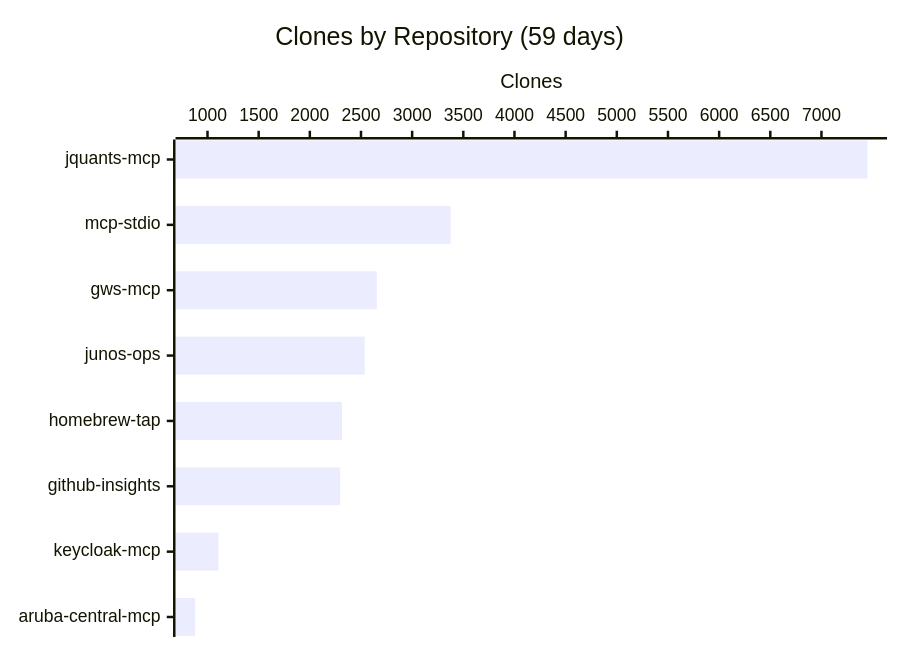
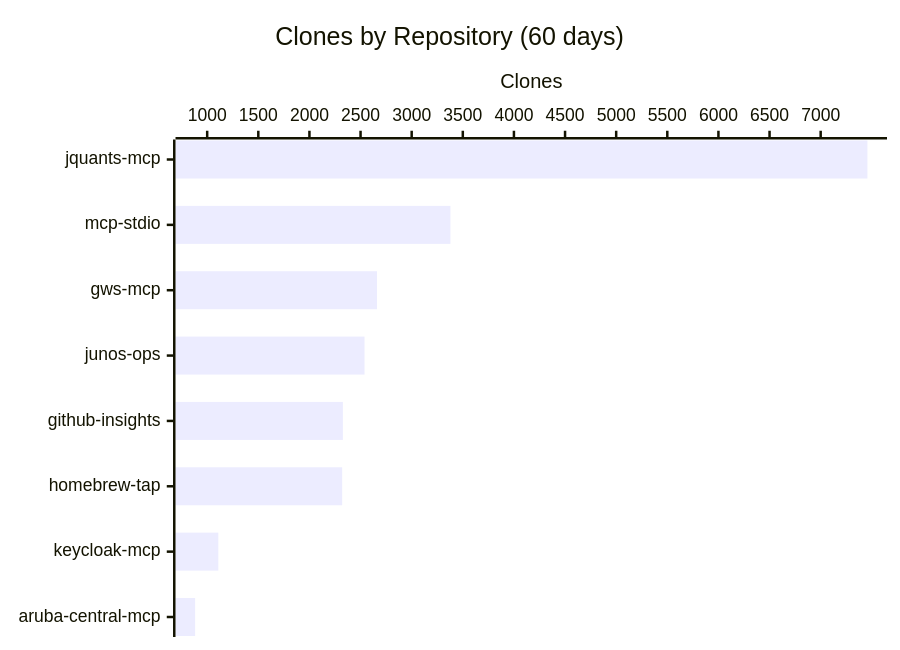
The third of 3 diagrams in README.md (shigechika/github-insights), drawn with Mermaid before and after one commit. The commit also changed other lines of this file and 2 other files, not shown here.

````diff
--- a/README.md
+++ b/README.md
@@ -38,7 +38,7 @@
 ```mermaid
 xychart-beta horizontal
-    title "Clones by Repository (59 days)"
-    x-axis ["jquants-mcp", "mcp-stdio", "gws-mcp", "junos-ops", "homebrew-tap", "github-insights", "keycloak-mcp", "aruba-central-mcp"]
+    title "Clones by Repository (60 days)"
+    x-axis ["jquants-mcp", "mcp-stdio", "gws-mcp", "junos-ops", "github-insights", "homebrew-tap", "keycloak-mcp", "aruba-central-mcp"]
     y-axis "Clones"
-    bar [7449, 3376, 2655, 2536, 2314, 2296, 1107, 879]
+    bar [7457, 3379, 2661, 2539, 2327, 2320, 1109, 882]
 ```
````
